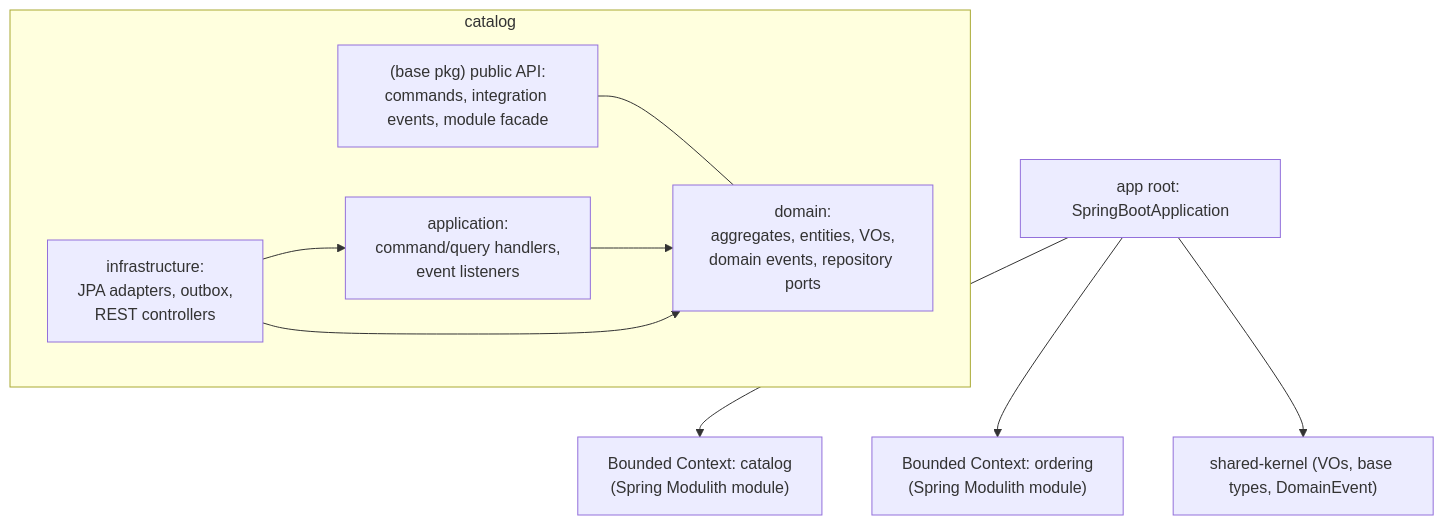
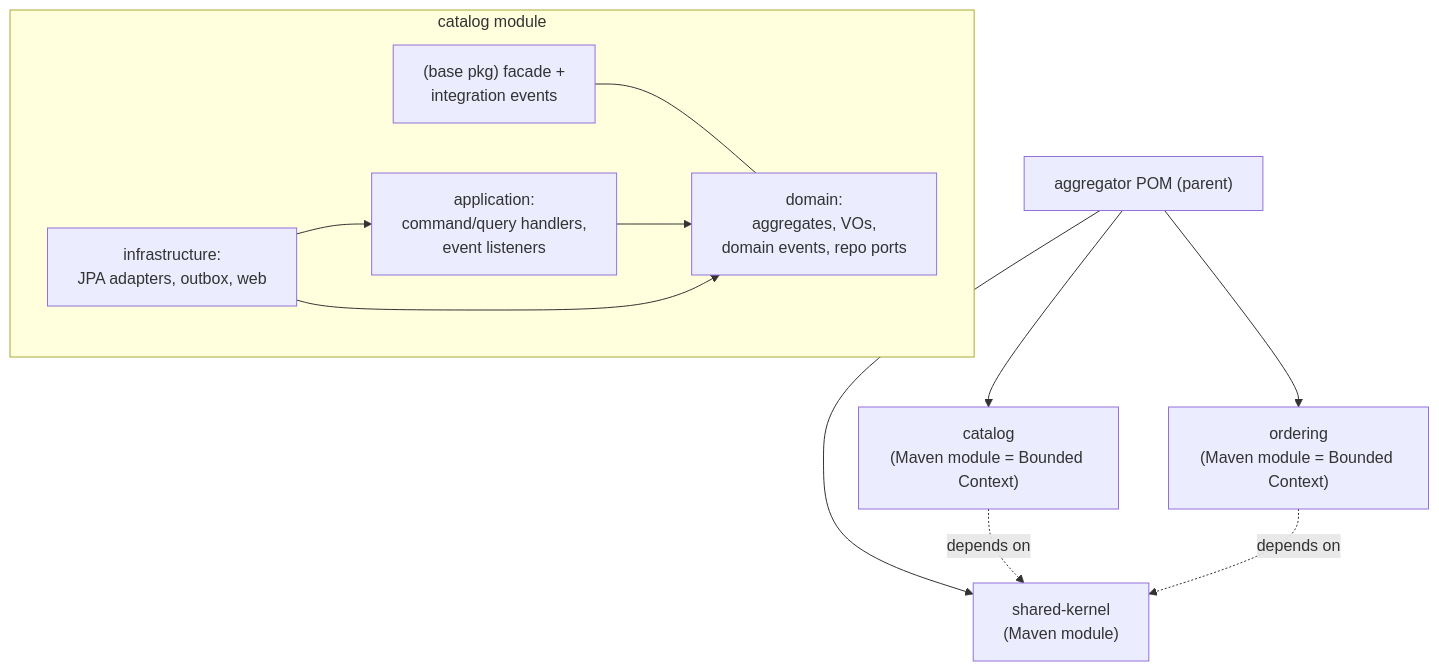
The first of 3 diagrams in docs/design/design-00001-java-ddd-template-architecture.md (ryan-alexander-zhang/ai-native-project-template), drawn with Mermaid before and after one commit. The commit also changed other lines of this file, not shown here.

First line of the commit message:
docs(design): layout uses Maven module per bounded context; add Q8

````diff
--- a/docs/design/design-00001-java-ddd-template-architecture.md
+++ b/docs/design/design-00001-java-ddd-template-architecture.md
@@ -104,19 +140,21 @@
 ```mermaid
 graph TD
-  App["app root: SpringBootApplication"]
-  App --> M1["Bounded Context: catalog\n(Spring Modulith module)"]
-  App --> M2["Bounded Context: ordering\n(Spring Modulith module)"]
-  App --> Shared["shared-kernel (VOs, base types, DomainEvent)"]
+  App["aggregator POM (parent)"]
+  App --> Shared["shared-kernel\n(Maven module)"]
+  App --> M1["catalog\n(Maven module = Bounded Context)"]
+  App --> M2["ordering\n(Maven module = Bounded Context)"]
 
-  subgraph catalog
-    C_api["(base pkg) public API:\ncommands, integration events, module facade"]
-    C_dom["domain:\naggregates, entities, VOs,\ndomain events, repository ports"]
+  subgraph catalog [catalog module]
+    C_api["(base pkg) facade +\nintegration events"]
+    C_dom["domain:\naggregates, VOs,\ndomain events, repo ports"]
     C_app["application:\ncommand/query handlers,\nevent listeners"]
-    C_inf["infrastructure:\nJPA adapters, outbox,\nREST controllers"]
+    C_inf["infrastructure:\nJPA adapters, outbox, web"]
   end
 
   C_api --- C_dom
   C_app --> C_dom
   C_inf --> C_app
   C_inf --> C_dom
+  M1 -. depends on .-> Shared
+  M2 -. depends on .-> Shared
 ```
````
